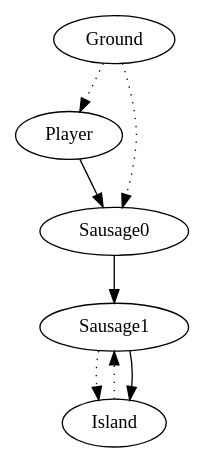
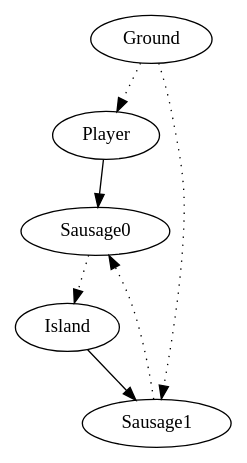
Before and after one commit to increpare/AbstractPropagationSim: the diagram in output/graph_0.gv, drawn with Graphviz. The commit also changed 12 other files, not shown here.

```diff
--- a/output/graph_0.gv
+++ b/output/graph_0.gv
@@ -1,9 +1,8 @@
 digraph G {
 	"Ground" -> "Player" [style=dotted];
 	"Player" -> "Sausage0";
-	"Ground" -> "Sausage0" [style=dotted];
-	"Sausage0" -> "Sausage1";
-	"Island" -> "Sausage1" [style=dotted];
-	"Sausage1" -> "Island" [style=dotted];
-	"Sausage1" -> "Island";
+	"Sausage1" -> "Sausage0" [style=dotted];
+	"Sausage0" -> "Island" [style=dotted];
+	"Ground" -> "Sausage1" [style=dotted];
+	"Island" -> "Sausage1";
 }
```
